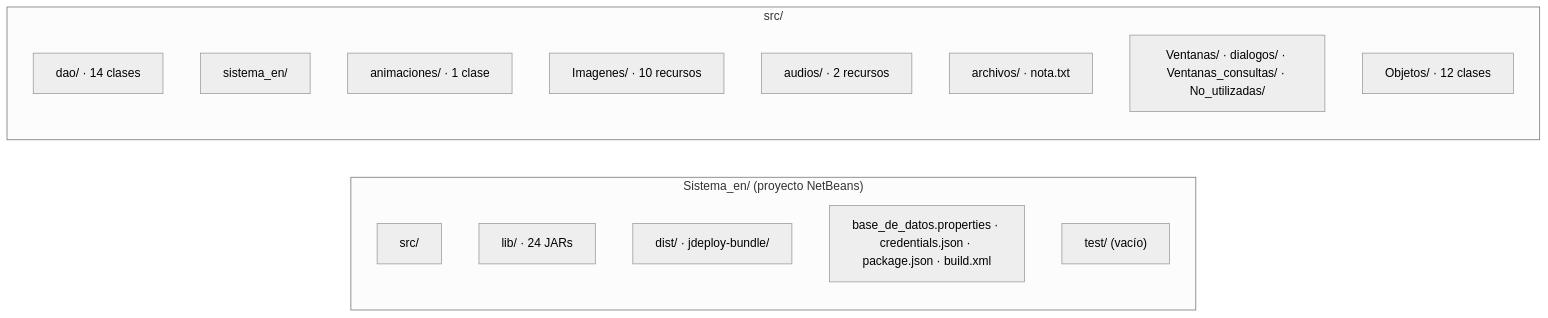
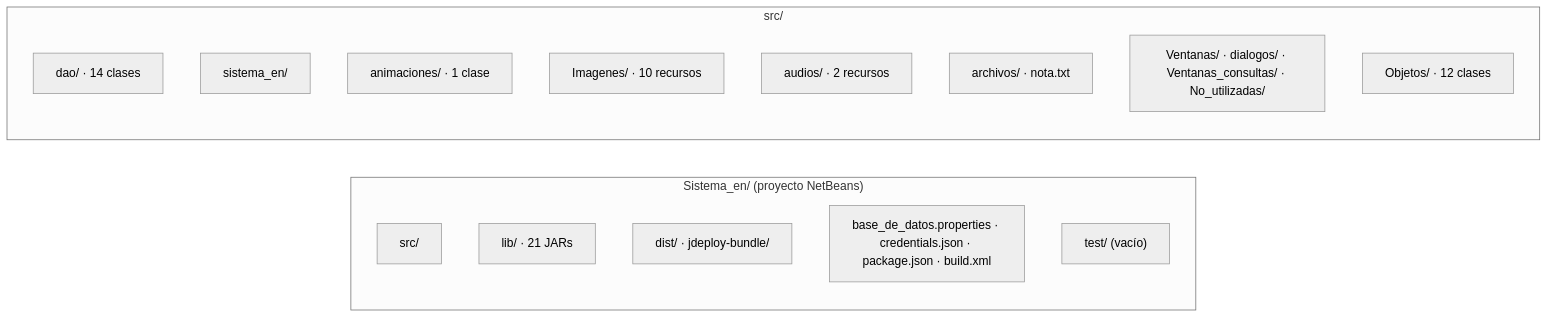
Before and after one commit to ares-linux/Sistema_EN: the third of 4 diagrams in MODULOS.md, drawn with Mermaid (neutral theme). The commit also changed other lines of this file and 1 other file, not shown here.

````diff
--- a/MODULOS.md
+++ b/MODULOS.md
@@ -600,22 +600,22 @@
 ```mermaid
 flowchart LR
     subgraph ROOT["Sistema_en/ (proyecto NetBeans)"]
         direction TB
         SRC["src/"]
-        LIB["lib/ · 24 JARs"]
+        LIB["lib/ · 21 JARs"]
         DIST["dist/ · jdeploy-bundle/"]
         CONF["base_de_datos.properties · credentials.json · package.json · build.xml"]
         TEST["test/ (vacío)"]
     end
 
     subgraph PKG["src/"]
         A["dao/ · 14 clases"]
         B["sistema_en/"]
         C["animaciones/ · 1 clase"]
         D["Imagenes/ · 10 recursos"]
         E["audios/ · 2 recursos"]
         F["archivos/ · nota.txt"]
         B2["Ventanas/ · dialogos/ · Ventanas_consultas/ · No_utilizadas/"]
         B3["Objetos/ · 12 clases"]
     end
 ```
````
